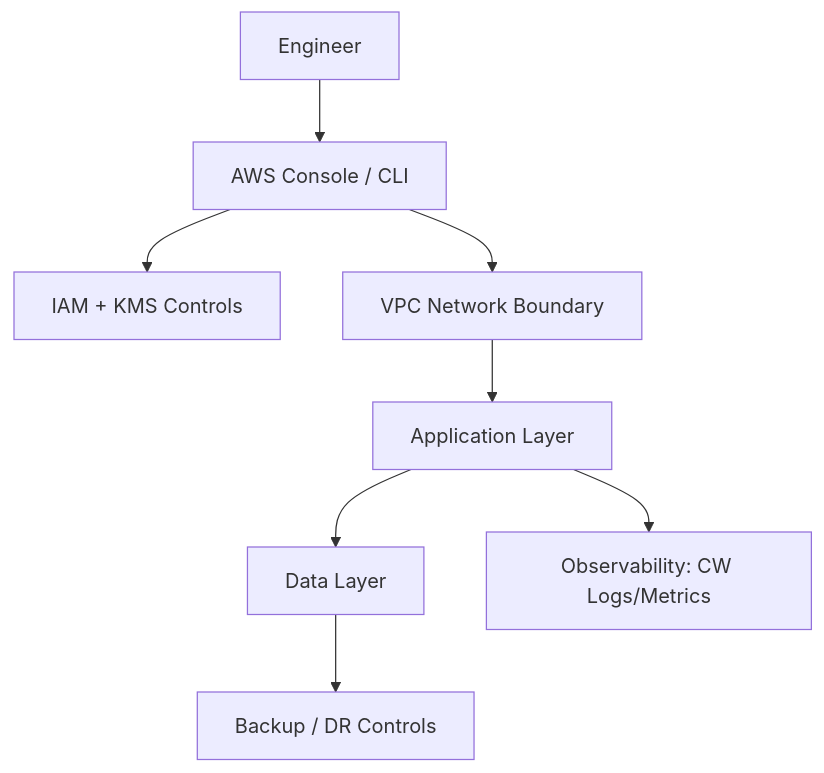
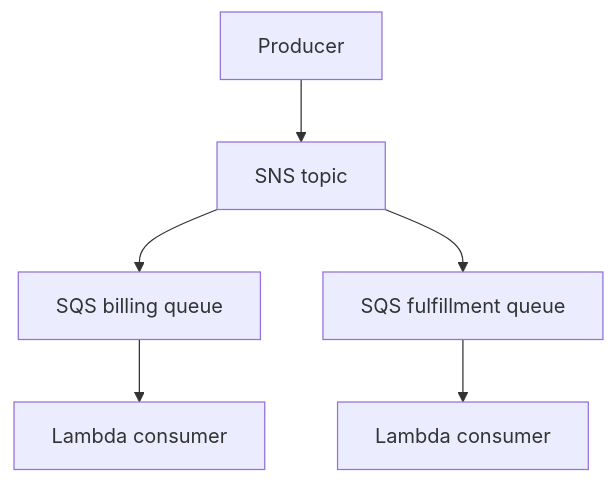
Before and after one commit to somkid-s5/AWS-SAA-Custom-Labs: the diagram in labs/12-sns-sqs-lambda.md, drawn with Mermaid. The commit also changed other lines of this file and 27 other files, not shown here.

````diff
--- a/labs/12-sns-sqs-lambda.md
+++ b/labs/12-sns-sqs-lambda.md
@@ -40,10 +10,8 @@
 ```mermaid
 graph TD
-    U[Engineer] --> C[AWS Console / CLI]
-    C --> I[IAM + KMS Controls]
-    C --> N[VPC Network Boundary]
-    N --> A[Application Layer]
-    A --> D[Data Layer]
-    A --> O[Observability: CW Logs/Metrics]
-    D --> B[Backup / DR Controls]
+  Producer[Producer] --> SNS[SNS topic]
+  SNS --> Q1[SQS billing queue]
+  SNS --> Q2[SQS fulfillment queue]
+  Q1 --> Fn1[Lambda consumer]
+  Q2 --> Fn2[Lambda consumer]
 ```
````
